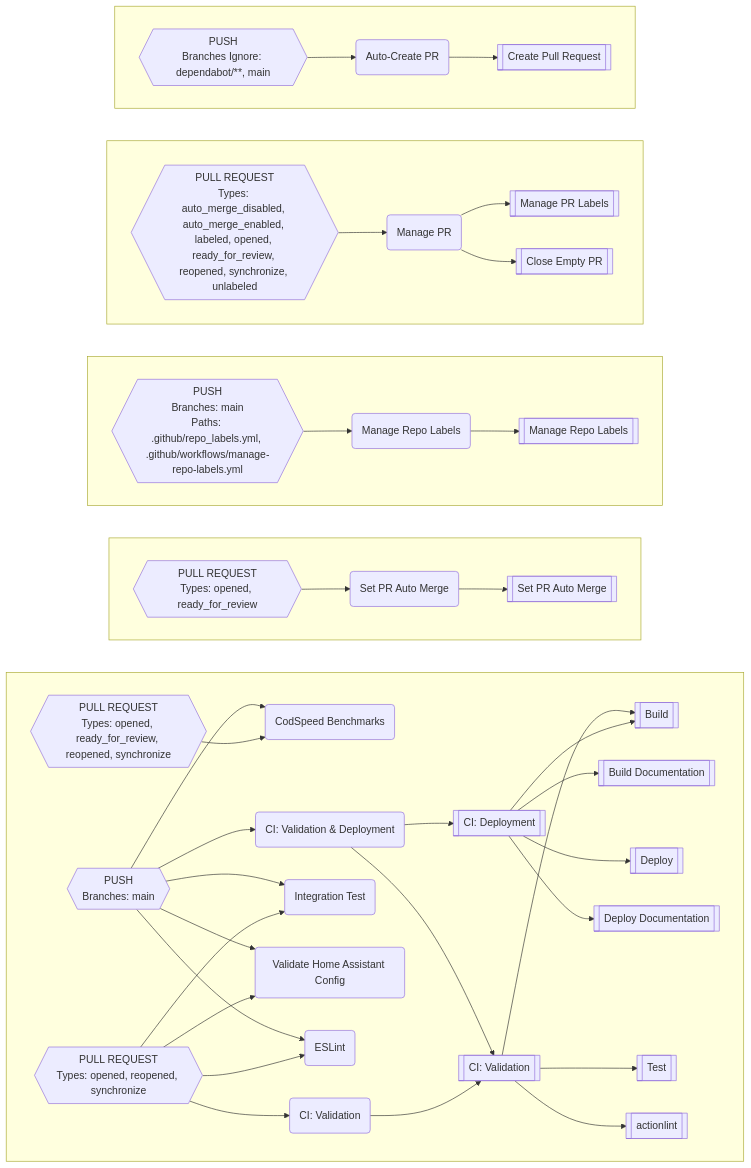
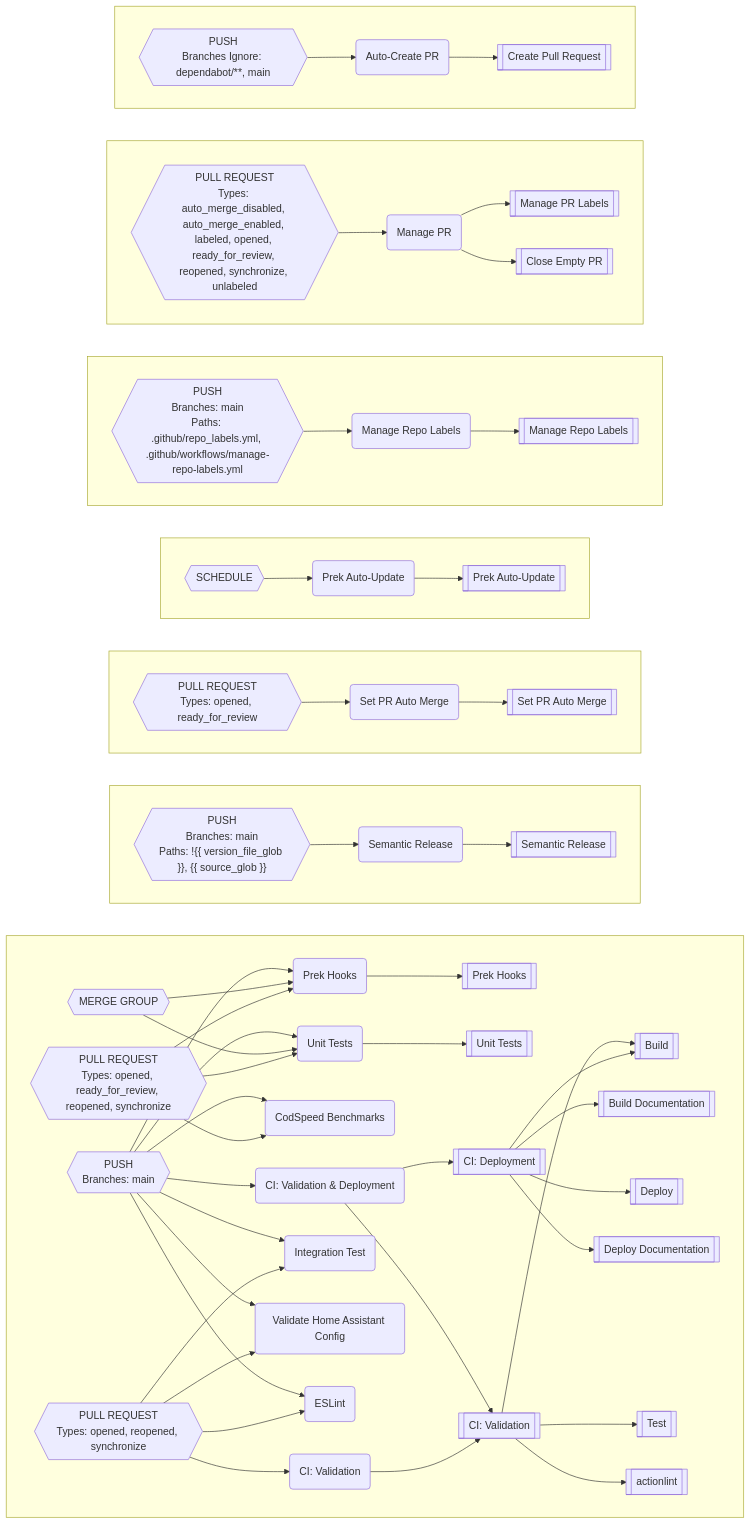
Before and after one commit to worgarside/github-config-files: the diagram in README.md, drawn with Mermaid. The commit also changed other lines of this file and 7 other files, not shown here.

````diff
--- a/README.md
+++ b/README.md
@@ -317,20 +347,28 @@
 ```mermaid
 flowchart LR
-subgraph DK[" "]
+subgraph EF[" "]
 direction LR
-DG-->DF
+DK-->DY
+DK-->DO
+DK-->DJ
+DO-->BC
+DP-->DY
+DP-->DO
+DY-->BO
+DF-->V
+DH-->DF
+DH-->CW
+DH-->CQ
+DH-->CM
+DC-->DY
+DC-->DO
+DC-->DJ
+DC-->DB
+DC-->CW
+DC-->CQ
+DC-->CM
 DB-->V
-DD-->DB
-DD-->CS
-DD-->CM
-DD-->CI
-CY-->DF
-CY-->CX
-CY-->CS
-CY-->CM
-CY-->CI
-CX-->V
-CX-->M
+DB-->M
 M-->I
 M-->E
 M-->AN
@@ -339,23 +377,33 @@
 V-->BL
 V-->A
 end
-subgraph DL[" "]
+subgraph EG[" "]
+direction LR
+DV-->DU
+DU-->BF
+end
+subgraph EH[" "]
+direction LR
+CJ-->CI
+CI-->BI
+end
+subgraph EI[" "]
 direction LR
 CF-->CE
-CE-->BI
+CE-->AZ
 end
-subgraph DM[" "]
+subgraph EJ[" "]
 direction LR
 CB-->CA
 CA-->AW
 end
-subgraph DN[" "]
+subgraph EK[" "]
 direction LR
 BW-->BV
 BV-->AT
 BV-->AB
 end
-subgraph DO[" "]
+subgraph EL[" "]
 direction LR
 BS-->BR
 BR-->AF
@@ -366,9 +414,13 @@
 AN[["Deploy"]]
 AT[["Manage PR Labels"]]
 AW[["Manage Repo Labels"]]
+AZ[["Prek Auto-Update"]]
 A[["actionlint"]]
+BC[["Prek Hooks"]]
+BF[["Semantic Release"]]
 BI[["Set PR Auto Merge"]]
 BL[["Test"]]
+BO[["Unit Tests"]]
 BR("Auto-Create PR")
 BS{{"PUSH
 Branches Ignore: dependabot/**, main
@@ -382,25 +434,35 @@
 Branches: main
 Paths: .github/repo_labels.yml, .github/workflows/manage-repo-labels.yml
 "}}
-CE("Set PR Auto Merge")
-CF{{"PULL REQUEST
+CE("Prek Auto-Update")
+CF{{"SCHEDULE"}}
+CI("Set PR Auto Merge")
+CJ{{"PULL REQUEST
 Types: opened, ready_for_review
 "}}
-CI("ESLint")
-CM("Validate Home Assistant Config")
-CS("Integration Test")
-CX("CI: Validation & Deployment")
-CY{{"PUSH
+CM("ESLint")
+CQ("Validate Home Assistant Config")
+CW("Integration Test")
+DB("CI: Validation & Deployment")
+DC{{"PUSH
 Branches: main
 "}}
-DB("CI: Validation")
-DD{{"PULL REQUEST
+DF("CI: Validation")
+DH{{"PULL REQUEST
 Types: opened, reopened, synchronize
 "}}
-DF("CodSpeed Benchmarks")
-DG{{"PULL REQUEST
+DJ("CodSpeed Benchmarks")
+DK{{"PULL REQUEST
 Types: opened, ready_for_review, reopened, synchronize
 "}}
+DO("Prek Hooks")
+DP{{"MERGE GROUP"}}
+DU("Semantic Release")
+DV{{"PUSH
+Branches: main
+Paths: !{{ version_file_glob }}, {{ source_glob }}
+"}}
+DY("Unit Tests")
 E[["Build Documentation"]]
 I[["Build"]]
 M[["CI: Deployment"]]
````
